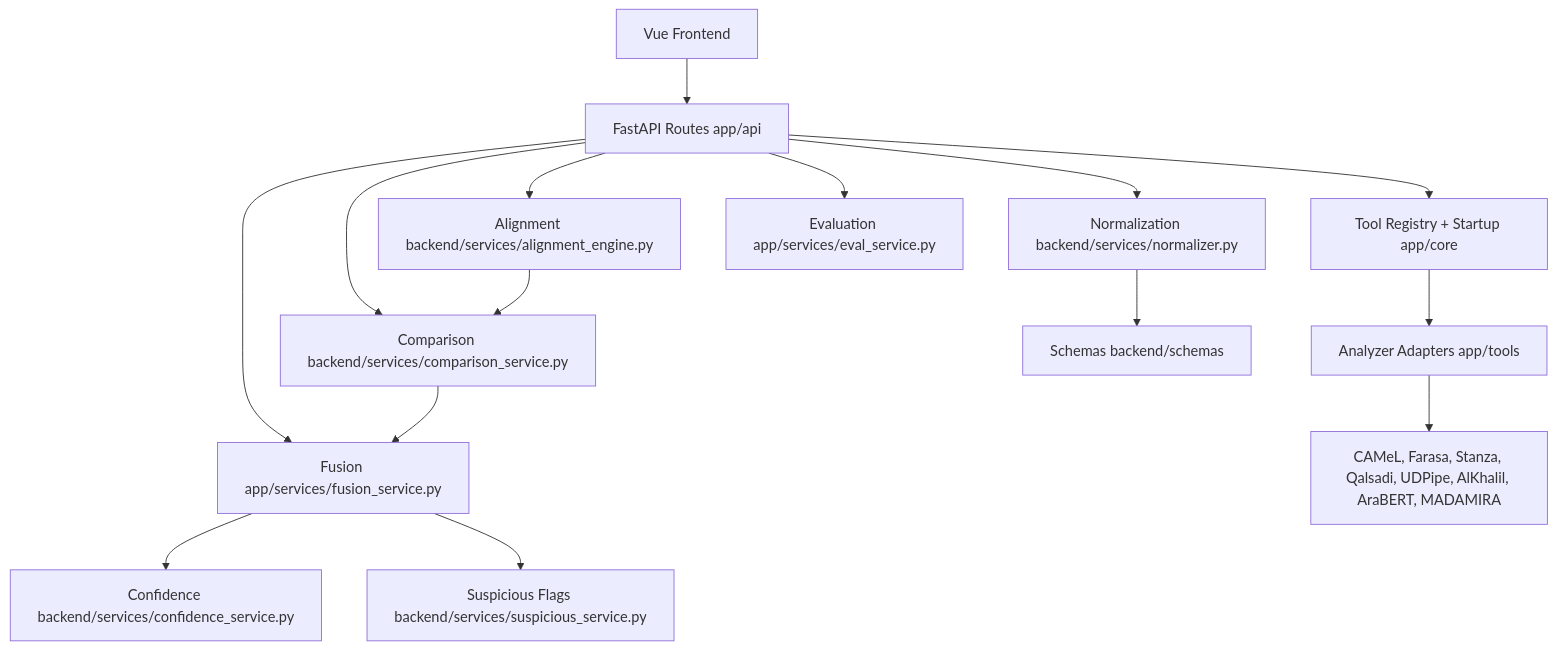
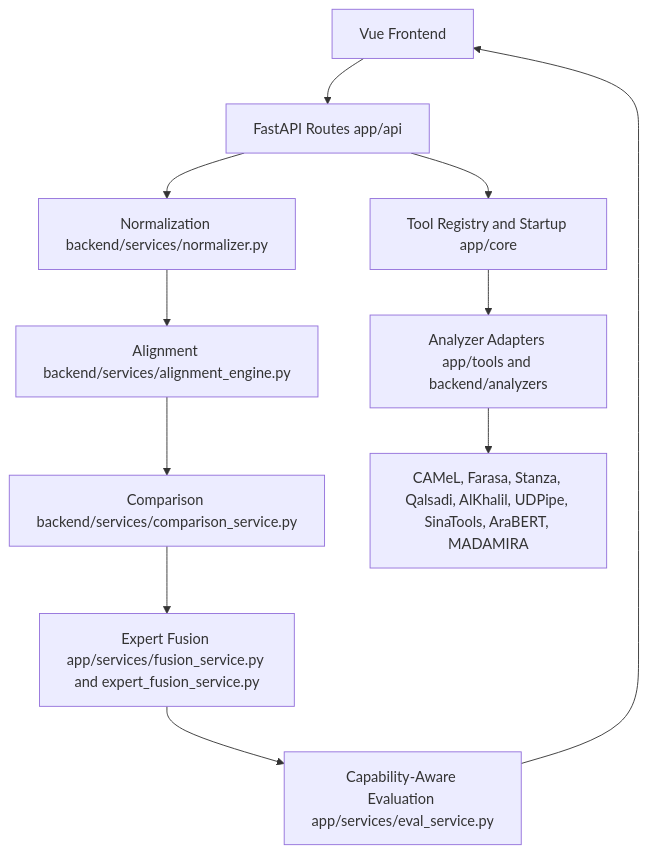
The diagram in docs/architecture_audit.md (Maryamghanem64/arabic-nlp-platform), drawn with Mermaid before and after one commit. The commit also changed other lines of this file and 13 other files, not shown here.

````diff
--- a/docs/architecture_audit.md
+++ b/docs/architecture_audit.md
@@ -9,17 +18,13 @@
 ```mermaid
 flowchart TD
     UI["Vue Frontend"] --> API["FastAPI Routes app/api"]
-    API --> Startup["Tool Registry + Startup app/core"]
-    Startup --> Adapters["Analyzer Adapters app/tools"]
+    API --> Registry["Tool Registry and Startup app/core"]
+    Registry --> Adapters["Analyzer Adapters app/tools and backend/analyzers"]
     API --> Normalize["Normalization backend/services/normalizer.py"]
-    API --> Align["Alignment backend/services/alignment_engine.py"]
-    API --> Compare["Comparison backend/services/comparison_service.py"]
-    API --> Fusion["Fusion app/services/fusion_service.py"]
-    API --> Eval["Evaluation app/services/eval_service.py"]
-    Normalize --> Schemas["Schemas backend/schemas"]
-    Align --> Compare
-    Compare --> Fusion
-    Fusion --> Confidence["Confidence backend/services/confidence_service.py"]
-    Fusion --> Suspicious["Suspicious Flags backend/services/suspicious_service.py"]
-    Adapters --> External["CAMeL, Farasa, Stanza, Qalsadi, UDPipe, AlKhalil, AraBERT, MADAMIRA"]
+    Normalize --> Align["Alignment backend/services/alignment_engine.py"]
+    Align --> Compare["Comparison backend/services/comparison_service.py"]
+    Compare --> Fusion["Expert Fusion app/services/fusion_service.py and expert_fusion_service.py"]
+    Fusion --> Eval["Capability-Aware Evaluation app/services/eval_service.py"]
+    Eval --> UI
+    Adapters --> Tools["CAMeL, Farasa, Stanza, Qalsadi, AlKhalil, UDPipe, SinaTools, AraBERT, MADAMIRA"]
 ```
````
